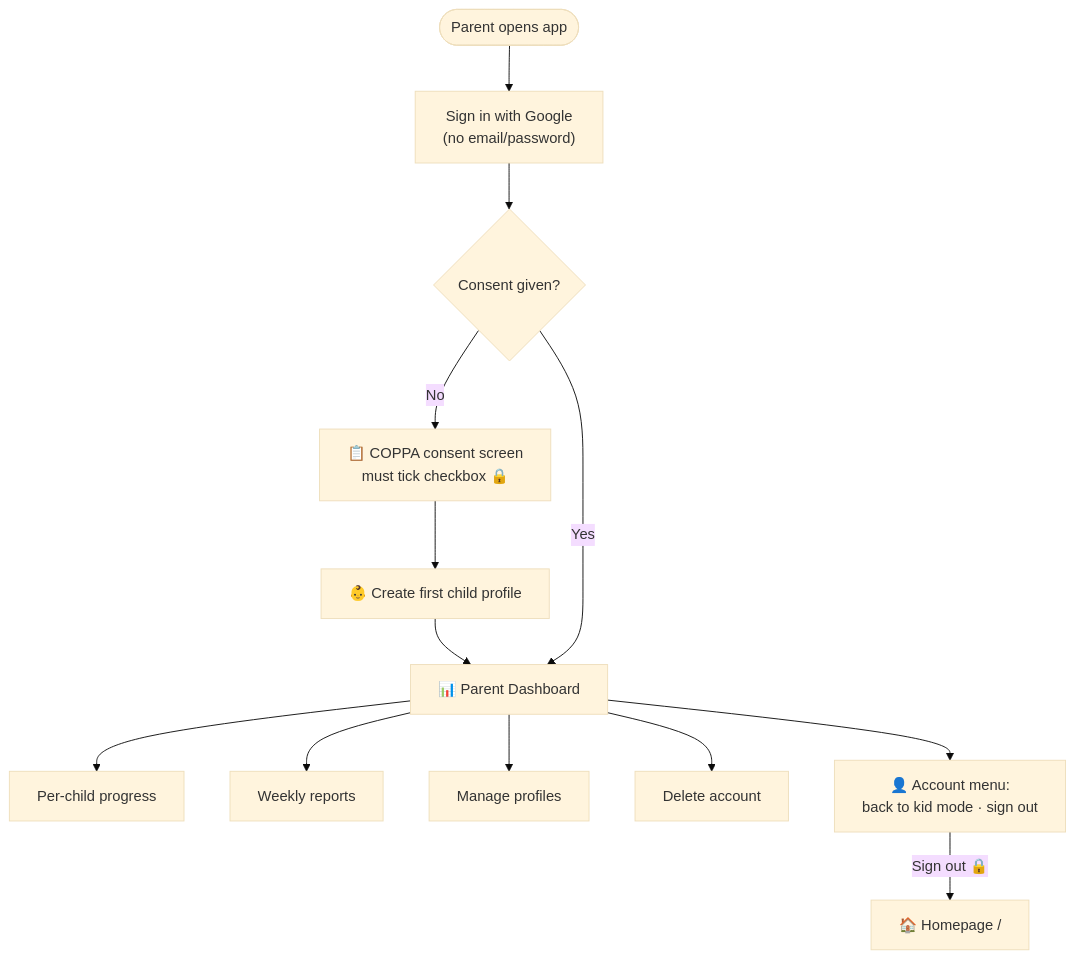
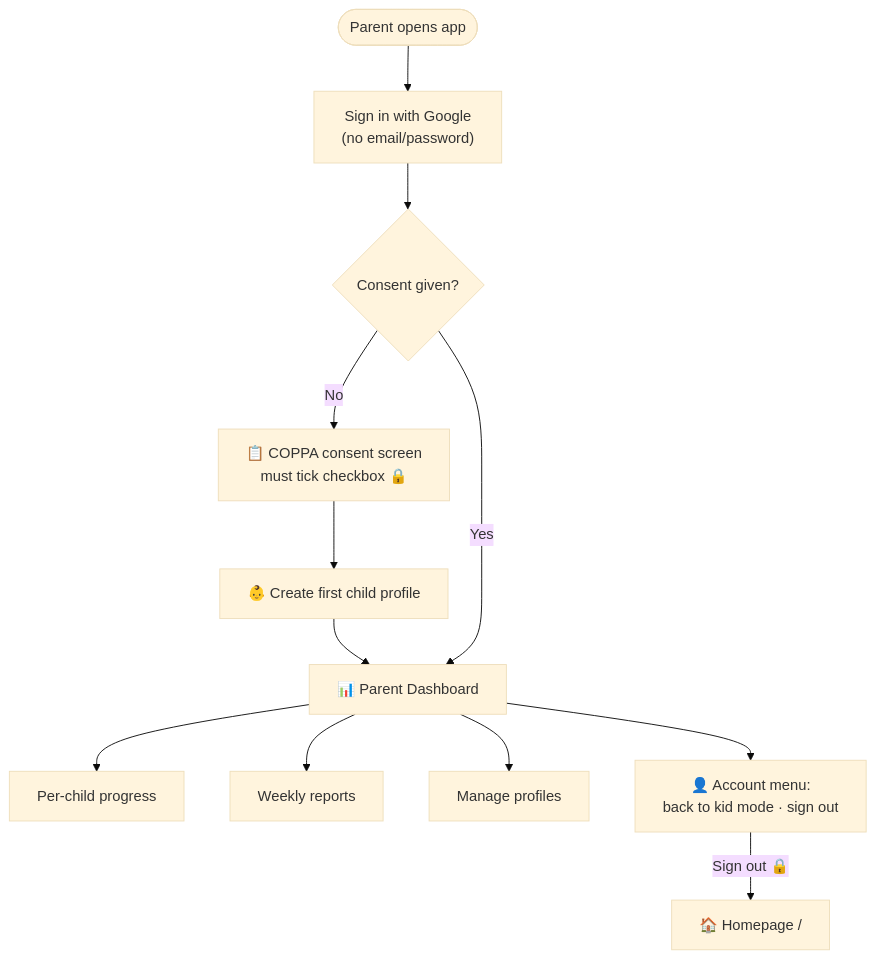
Before and after one commit to salmanbd100/kidlearn: diagram 12 of 26 in document/user-journey-manual.md, drawn with Mermaid (base theme). The commit also changed other lines of this file and 43 other files, not shown here.

````diff
--- a/document/user-journey-manual.md
+++ b/document/user-journey-manual.md
@@ -402,16 +407,15 @@
 ```mermaid
 flowchart TD
     Start([Parent opens app]) --> Google["Sign in with Google<br/>(no email/password)"]
     Google --> Consent{Consent given?}
     Consent -->|No| C["📋 COPPA consent screen<br/>must tick checkbox 🔒"]
     C --> Child1["👶 Create first child profile"]
     Child1 --> Dash
     Consent -->|Yes| Dash["📊 Parent Dashboard"]
 
     Dash --> D1[Per-child progress]
     Dash --> D2[Weekly reports]
     Dash --> D4[Manage profiles]
-    Dash --> D5[Delete account]
     Dash --> D6["👤 Account menu:<br/>back to kid mode · sign out"]
     D6 -->|Sign out 🔒| Home["🏠 Homepage /"]
 ```
````
